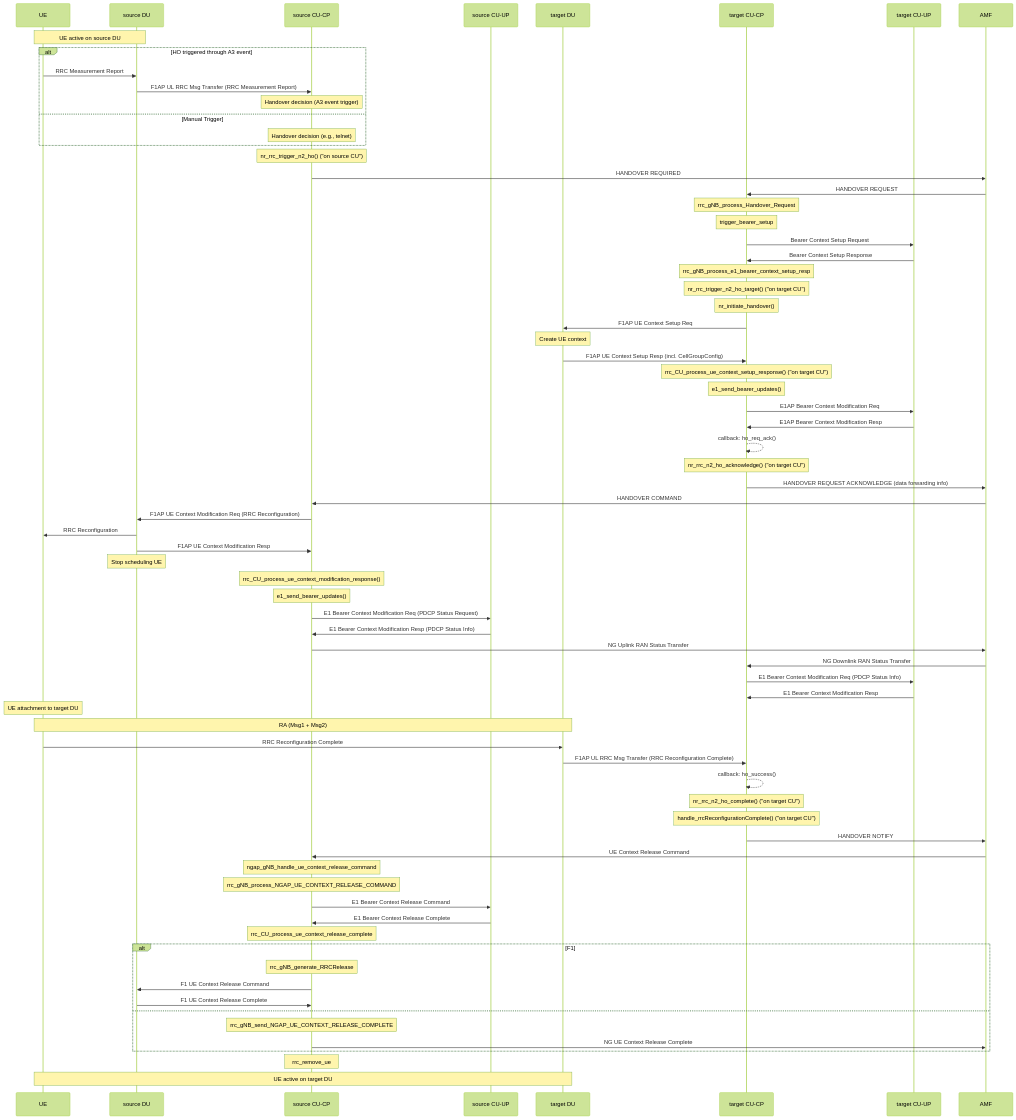
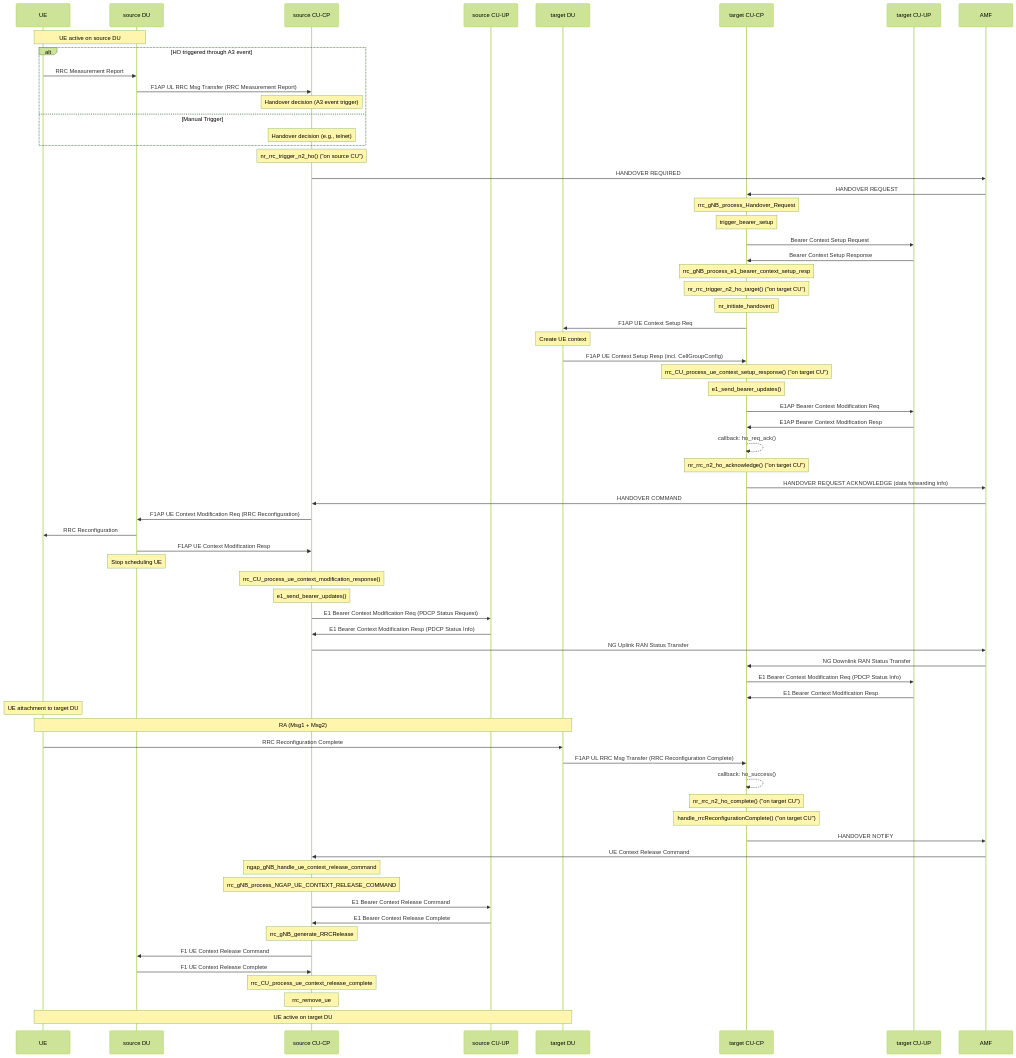
One commit to turkeryilmaz/openairinterface5g changed the seventh of 7 diagrams in doc/RRC/rrc-dev.md. Above: the diagram before and after it, drawn with Mermaid (forest theme).

Commit message:
fixup! Add N2 handover documentation

````diff
--- a/doc/RRC/rrc-dev.md
+++ b/doc/RRC/rrc-dev.md
@@ -283,77 +283,72 @@
 ```mermaid
 sequenceDiagram
   participant ue as UE
   participant sdu as source DU
   participant scucp as source CU-CP
   participant scuup as source CU-UP
   participant tdu as target DU
   participant tcucp as target CU-CP
   participant tcuup as target CU-UP
   participant amf as AMF
 
   Note over ue,sdu: UE active on source DU
   alt HO triggered through A3 event
     ue->>sdu: RRC Measurement Report
     sdu->>scucp: F1AP UL RRC Msg Transfer (RRC Measurement Report)
     Note over scucp: Handover decision (A3 event trigger)
   else Manual Trigger
     Note over scucp: Handover decision (e.g., telnet)
   end
   Note over scucp: nr_rrc_trigger_n2_ho() ("on source CU")
   scucp->>amf: HANDOVER REQUIRED
   amf->>tcucp: HANDOVER REQUEST
   Note over tcucp: rrc_gNB_process_Handover_Request
   Note over tcucp: trigger_bearer_setup
   tcucp->>tcuup: Bearer Context Setup Request
   tcuup->>tcucp: Bearer Context Setup Response
   Note over tcucp: rrc_gNB_process_e1_bearer_context_setup_resp
   Note over tcucp: nr_rrc_trigger_n2_ho_target() ("on target CU")
   Note over tcucp: nr_initiate_handover()
   tcucp->>tdu: F1AP UE Context Setup Req
   Note over tdu: Create UE context
   tdu->>tcucp: F1AP UE Context Setup Resp (incl. CellGroupConfig)
   Note over tcucp: rrc_CU_process_ue_context_setup_response() ("on target CU")
   Note over tcucp: e1_send_bearer_updates()
   tcucp->>tcuup: E1AP Bearer Context Modification Req
   tcuup->>tcucp: E1AP Bearer Context Modification Resp
   tcucp-->>tcucp: callback: ho_req_ack()
   Note over tcucp: nr_rrc_n2_ho_acknowledge() ("on target CU")
   tcucp->>amf: HANDOVER REQUEST ACKNOWLEDGE (data forwarding info)
   amf->>scucp: HANDOVER COMMAND
   scucp->>sdu: F1AP UE Context Modification Req (RRC Reconfiguration)
   sdu->>ue: RRC Reconfiguration
   sdu->>scucp: F1AP UE Context Modification Resp
   Note over sdu: Stop scheduling UE
   Note over scucp: rrc_CU_process_ue_context_modification_response()
   Note over scucp: e1_send_bearer_updates()
   scucp->>scuup: E1 Bearer Context Modification Req (PDCP Status Request)
   scuup->>scucp: E1 Bearer Context Modification Resp (PDCP Status Info)
   scucp->>amf: NG Uplink RAN Status Transfer
   amf->>tcucp: NG Downlink RAN Status Transfer
   tcucp->>tcuup: E1 Bearer Context Modification Req (PDCP Status Info)
   tcuup->>tcucp: E1 Bearer Context Modification Resp
   Note over ue: UE attachment to target DU
   Note over ue,tdu: RA (Msg1 + Msg2)
   ue->>tdu: RRC Reconfiguration Complete
   tdu->>tcucp: F1AP UL RRC Msg Transfer (RRC Reconfiguration Complete)
   tcucp-->>tcucp: callback: ho_success()
   Note over tcucp: nr_rrc_n2_ho_complete() ("on target CU")
   Note over tcucp: handle_rrcReconfigurationComplete() ("on target CU")
   tcucp->>amf: HANDOVER NOTIFY
   amf->>scucp: UE Context Release Command
   note over scucp: ngap_gNB_handle_ue_context_release_command
   note over scucp: rrc_gNB_process_NGAP_UE_CONTEXT_RELEASE_COMMAND
   scucp->>scuup: E1 Bearer Context Release Command
   scuup->>scucp: E1 Bearer Context Release Complete
+  Note over scucp: rrc_gNB_generate_RRCRelease
+  scucp->>sdu: F1 UE Context Release Command
+  sdu->>scucp: F1 UE Context Release Complete
   note over scucp: rrc_CU_process_ue_context_release_complete
-  alt F1
-    Note over scucp: rrc_gNB_generate_RRCRelease
-    scucp->>sdu: F1 UE Context Release Command
-    sdu->>scucp: F1 UE Context Release Complete
-  else
-    note over scucp: rrc_gNB_send_NGAP_UE_CONTEXT_RELEASE_COMPLETE
-    scucp->>amf: NG UE Context Release Complete
-  end
   note over scucp: rrc_remove_ue
   Note over ue,tdu: UE active on target DU
 ```
````
